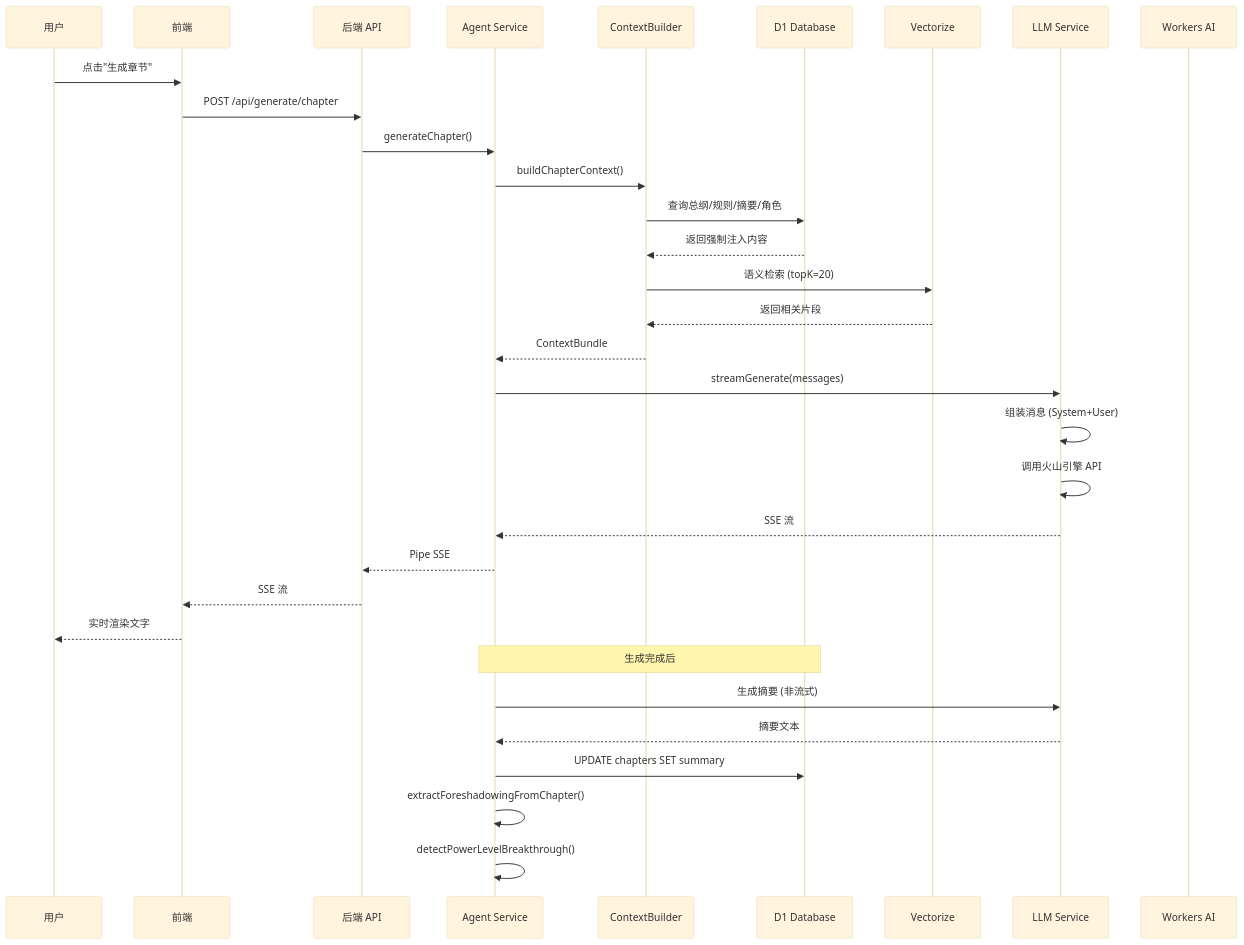
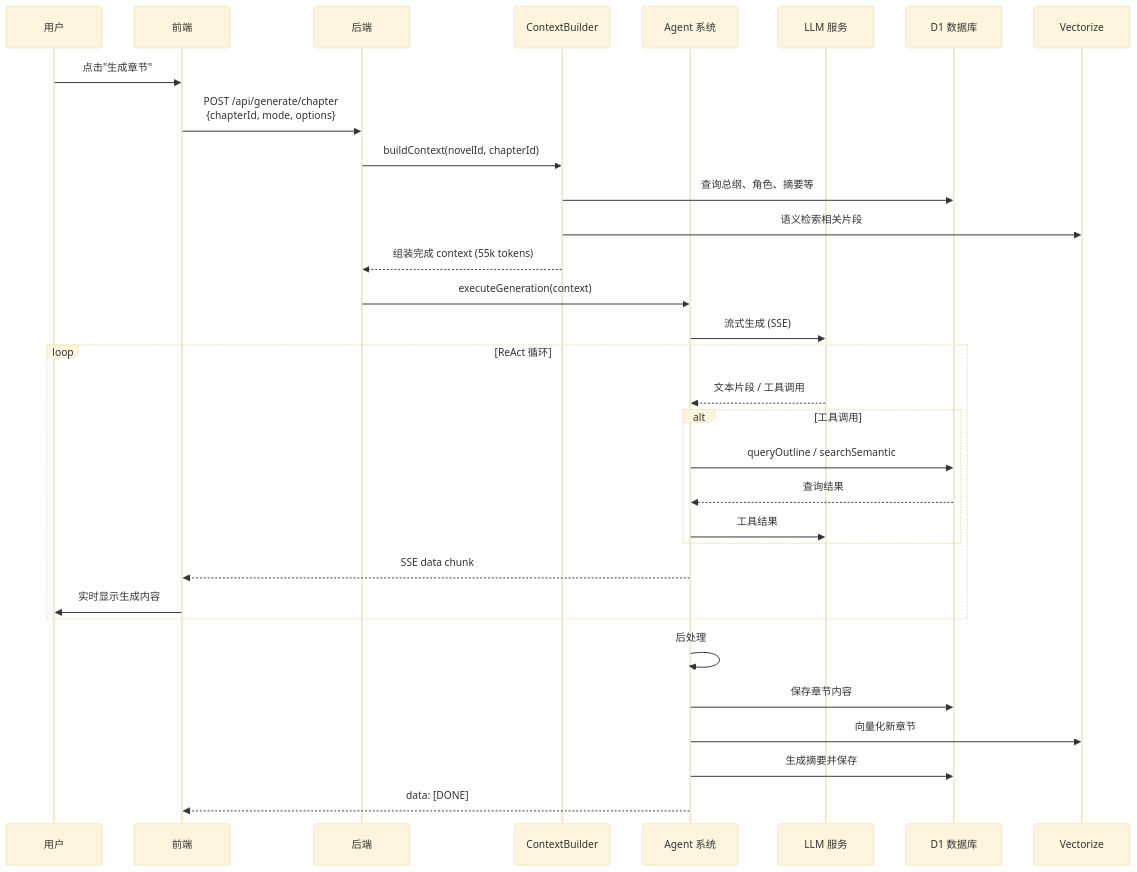
The third of 5 diagrams in docs/ARCHITECTURE.md (Zoroaaa/NovelForge), drawn with Mermaid (base theme) before and after one commit. The commit also changed other lines of this file and 4 other files, not shown here.

````diff
--- a/docs/ARCHITECTURE.md
+++ b/docs/ARCHITECTURE.md
@@ -992,36 +577,38 @@
 ```mermaid
 sequenceDiagram
-    participant User as 用户
+    participant U as 用户
     participant FE as 前端
-    participant BE as 后端 API
-    participant Agent as Agent Service
+    participant BE as 后端
     participant CB as ContextBuilder
-    participant DB as D1 Database
-    participant V as Vectorize
-    participant LLM as LLM Service
-    participant AI as Workers AI
-
-    User->>FE: 点击"生成章节"
-    FE->>BE: POST /api/generate/chapter
-    BE->>Agent: generateChapter()
-    Agent->>CB: buildChapterContext()
-    CB->>DB: 查询总纲/规则/摘要/角色
-    DB-->>CB: 返回强制注入内容
-    CB->>V: 语义检索 (topK=20)
-    V-->>CB: 返回相关片段
-    CB-->>Agent: ContextBundle
-    Agent->>LLM: streamGenerate(messages)
-    LLM->>LLM: 组装消息 (System+User)
-    LLM->>LLM: 调用火山引擎 API
-    LLM-->>Agent: SSE 流
-    Agent-->>BE: Pipe SSE
-    BE-->>FE: SSE 流
-    FE-->>User: 实时渲染文字
+    participant AG as Agent 系统
+    participant LLM as LLM 服务
+    participant DB as D1 数据库
+    participant VEC as Vectorize
     
-    Note over Agent,DB: 生成完成后
-    Agent->>LLM: 生成摘要 (非流式)
-    LLM-->>Agent: 摘要文本
-    Agent->>DB: UPDATE chapters SET summary
-    Agent->>Agent: extractForeshadowingFromChapter()
-    Agent->>Agent: detectPowerLevelBreakthrough()
+    U->>FE: 点击"生成章节"
+    FE->>BE: POST /api/generate/chapter<br/>{chapterId, mode, options}
+    BE->>CB: buildContext(novelId, chapterId)
+    CB->>DB: 查询总纲、角色、摘要等
+    CB->>VEC: 语义检索相关片段
+    CB-->>BE: 组装完成 context (55k tokens)
+    
+    BE->>AG: executeGeneration(context)
+    AG->>LLM: 流式生成 (SSE)
+    
+    loop ReAct 循环
+        LLM-->>AG: 文本片段 / 工具调用
+        alt 工具调用
+            AG->>DB: queryOutline / searchSemantic
+            DB-->>AG: 查询结果
+            AG->>LLM: 工具结果
+        end
+        AG-->>FE: SSE data chunk
+        FE->>U: 实时显示生成内容
+    end
+    
+    AG->>AG: 后处理
+    AG->>DB: 保存章节内容
+    AG->>VEC: 向量化新章节
+    AG->>DB: 生成摘要并保存
+    AG-->>FE: data: [DONE]
 ```
````
